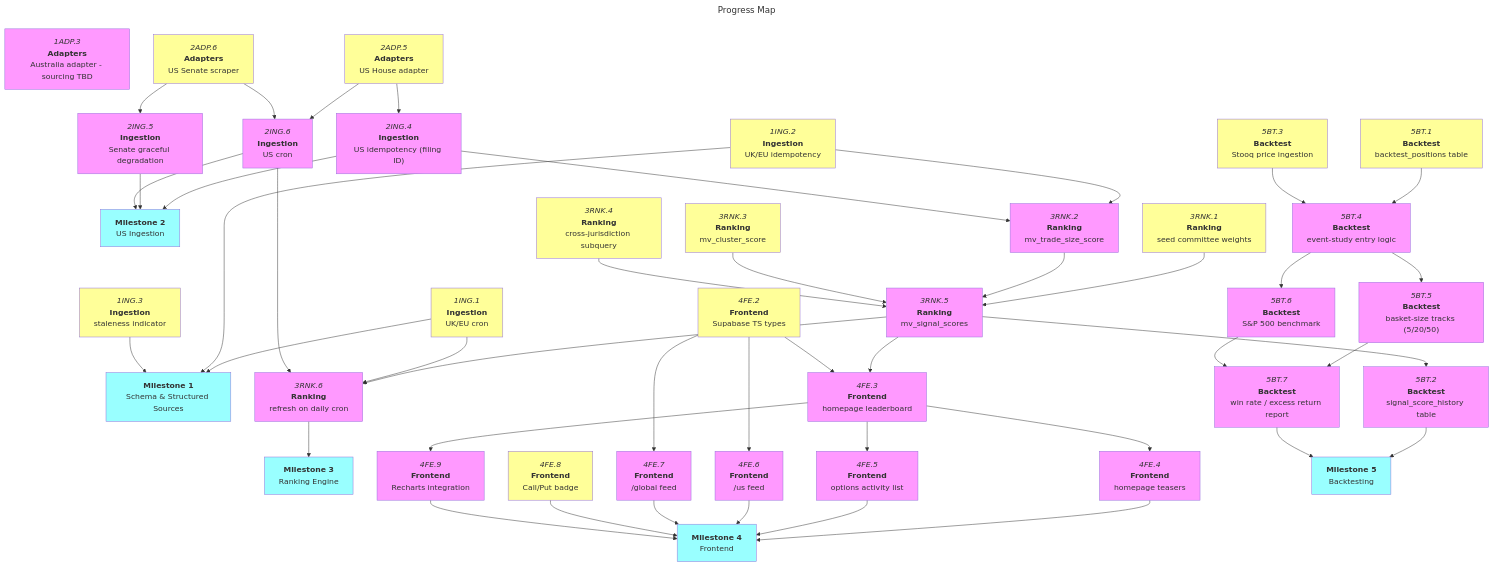
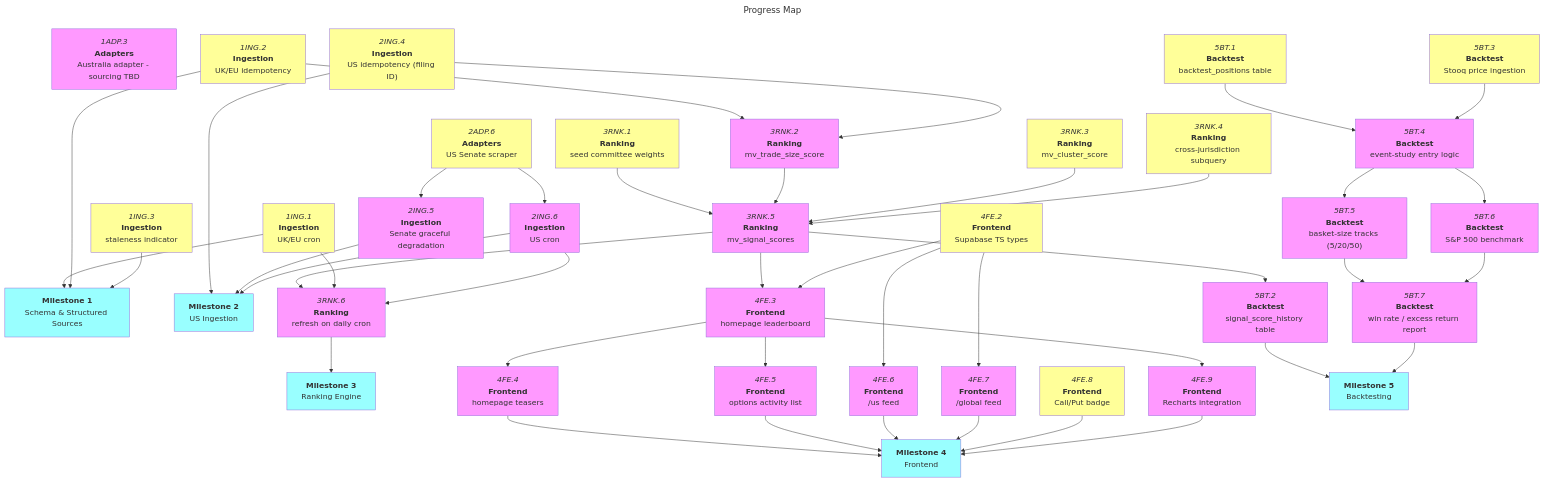
One commit to Oggie112/CrossBench changed the diagram in docs/roadmaps/mvp.md. Above: the diagram before and after it, drawn with Mermaid. The commit also changed other lines of this file and 7 other files, not shown here.

```diff
--- a/docs/roadmaps/mvp.md
+++ b/docs/roadmaps/mvp.md
@@ -194,18 +193,14 @@
 1ING.2 --> m1
 1ING.3 --> m1
 
-2ADP.5["`*2ADP.5*<br/>**Adapters**<br/>US House adapter`"]:::open
-
 2ADP.6["`*2ADP.6*<br/>**Adapters**<br/>US Senate scraper`"]:::open
 
-2ING.4["`*2ING.4*<br/>**Ingestion**<br/>US idempotency (filing ID)`"]:::blocked
-2ADP.5 --> 2ING.4
+2ING.4["`*2ING.4*<br/>**Ingestion**<br/>US idempotency (filing ID)`"]:::open
 
 2ING.5["`*2ING.5*<br/>**Ingestion**<br/>Senate graceful degradation`"]:::blocked
 2ADP.6 --> 2ING.5
 
 2ING.6["`*2ING.6*<br/>**Ingestion**<br/>US cron`"]:::blocked
-2ADP.5 --> 2ING.6
 2ADP.6 --> 2ING.6
 
 m2["`**Milestone 2**<br/>US Ingestion`"]:::mile
```
